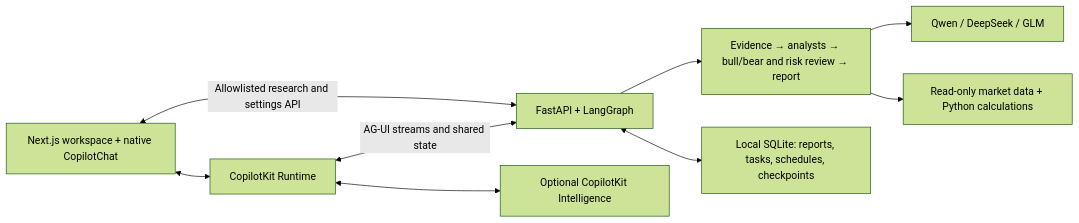
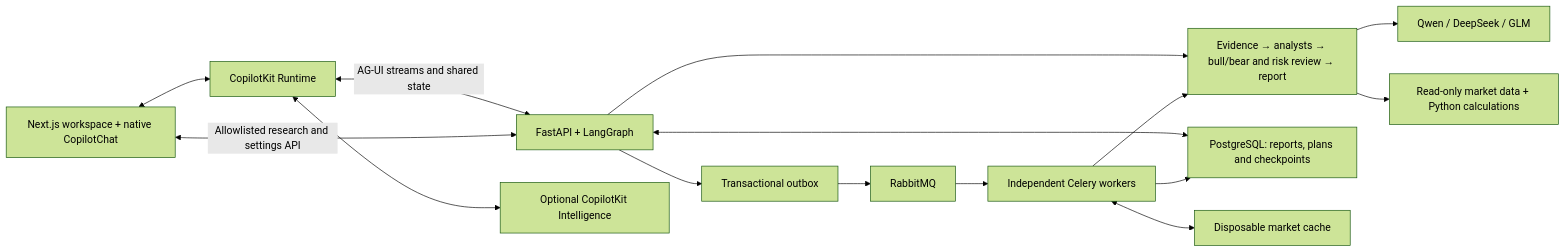
The diagram in README.md (A1f1ed/Financial_Research_Agent), drawn with Mermaid (forest theme) before and after one commit. The commit also changed other lines of this file and 153 other files, not shown here.

````diff
--- a/README.md
+++ b/README.md
@@ -165,11 +170,17 @@
 ```mermaid
 flowchart LR
     UI[Next.js workspace + native CopilotChat] <--> Runtime[CopilotKit Runtime]
     Runtime <-->|AG-UI streams and shared state| Agent[FastAPI + LangGraph]
     Runtime <--> Intelligence[Optional CopilotKit Intelligence]
     UI <-->|Allowlisted research and settings API| Agent
     Agent --> Research[Evidence → analysts → bull/bear and risk review → report]
     Research --> Models[Qwen / DeepSeek / GLM]
     Research --> Sources[Read-only market data + Python calculations]
-    Agent <--> SQLite[Local SQLite: reports, tasks, schedules, checkpoints]
+    Agent <--> PostgreSQL[PostgreSQL: reports, plans and checkpoints]
+    Agent --> Outbox[Transactional outbox]
+    Outbox --> RabbitMQ
+    RabbitMQ --> Workers[Independent Celery workers]
+    Workers --> PostgreSQL
+    Workers --> Research
+    Workers <--> Redis[Disposable market cache]
 ```
````
